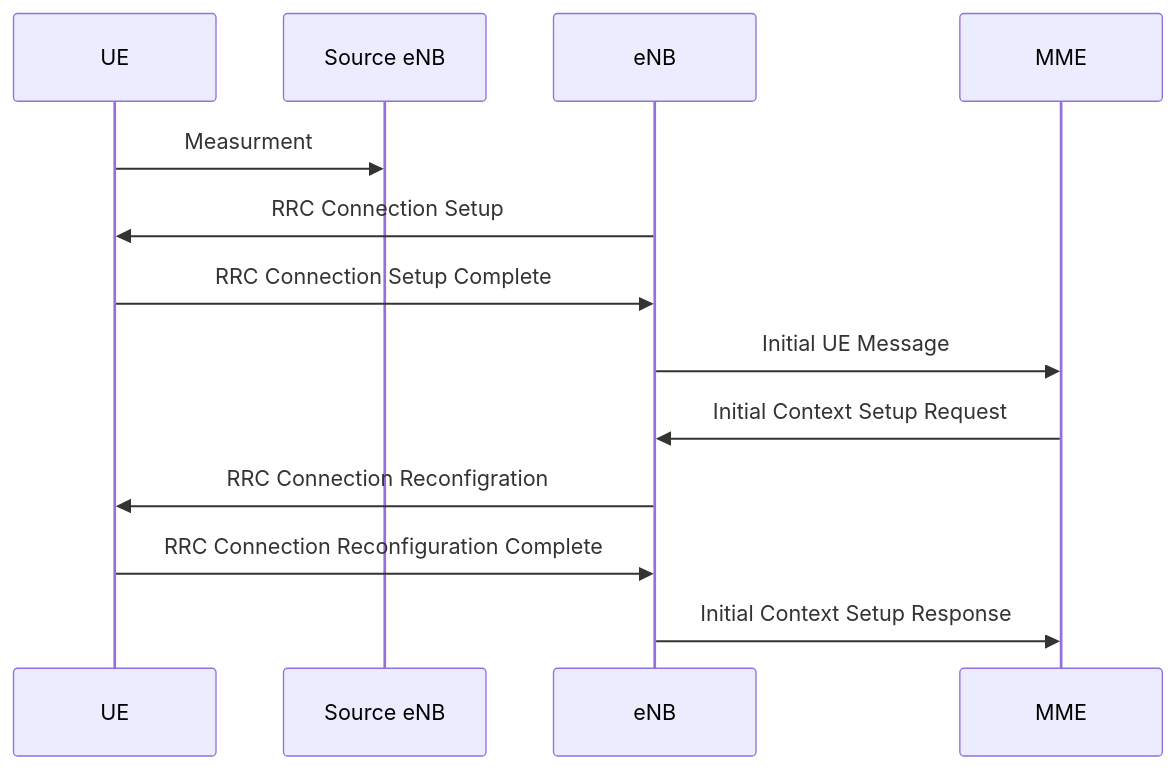
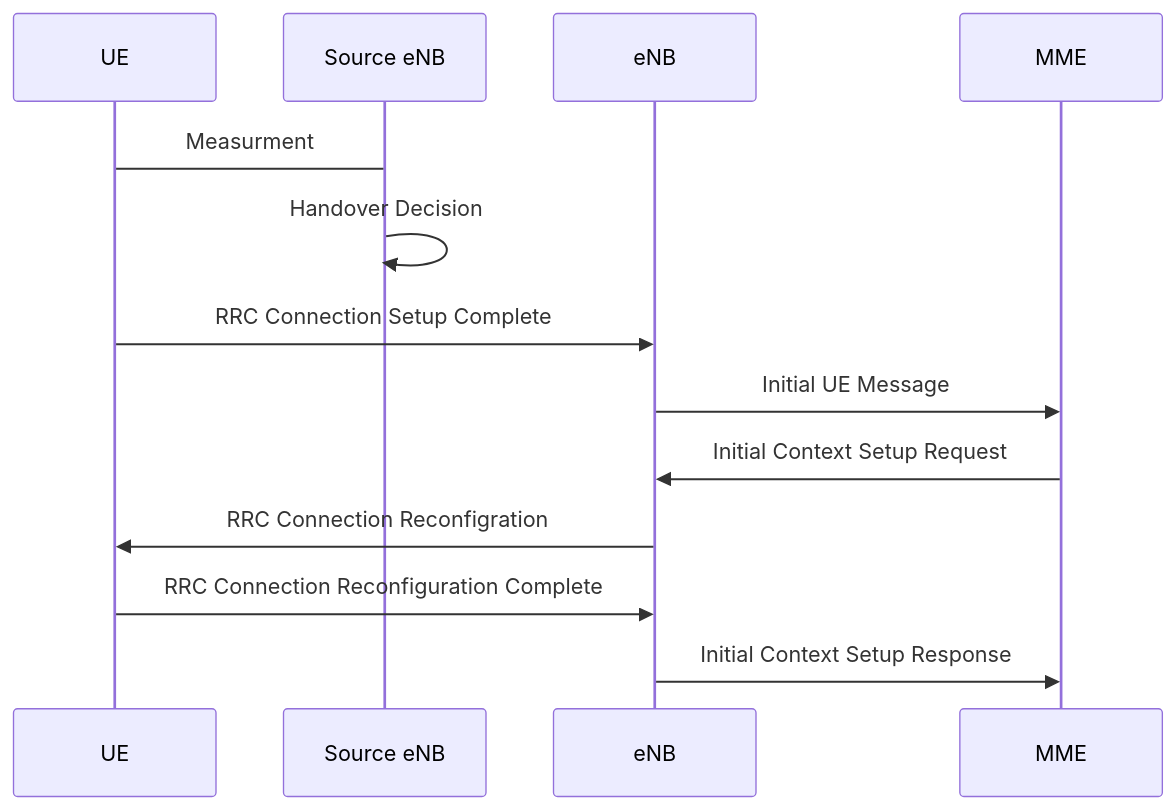
Before and after one commit to ThomasRochette/NoteCours: the fourth of 4 diagrams in ARM.md, drawn with Mermaid. The commit also changed other lines of this file, not shown here.

Commit message:
Uploaded by https://stackedit.io/

````diff
--- a/ARM.md
+++ b/ARM.md
@@ -133,11 +133,11 @@
 ```mermaid
 sequenceDiagram
-UE ->> Source eNB: Measurment
-eNB ->> UE: RRC Connection Setup
+UE -> Source eNB: Measurment
+Source eNB ->> Source eNB: Handover Decision
 UE ->> eNB: RRC Connection Setup Complete
 eNB ->> MME: Initial UE Message
 MME ->> eNB: Initial Context Setup Request
 eNB ->> UE: RRC Connection Reconfigration 
 UE ->> eNB: RRC Connection Reconfiguration Complete
 eNB ->> MME: Initial Context Setup Response
 ```
````
